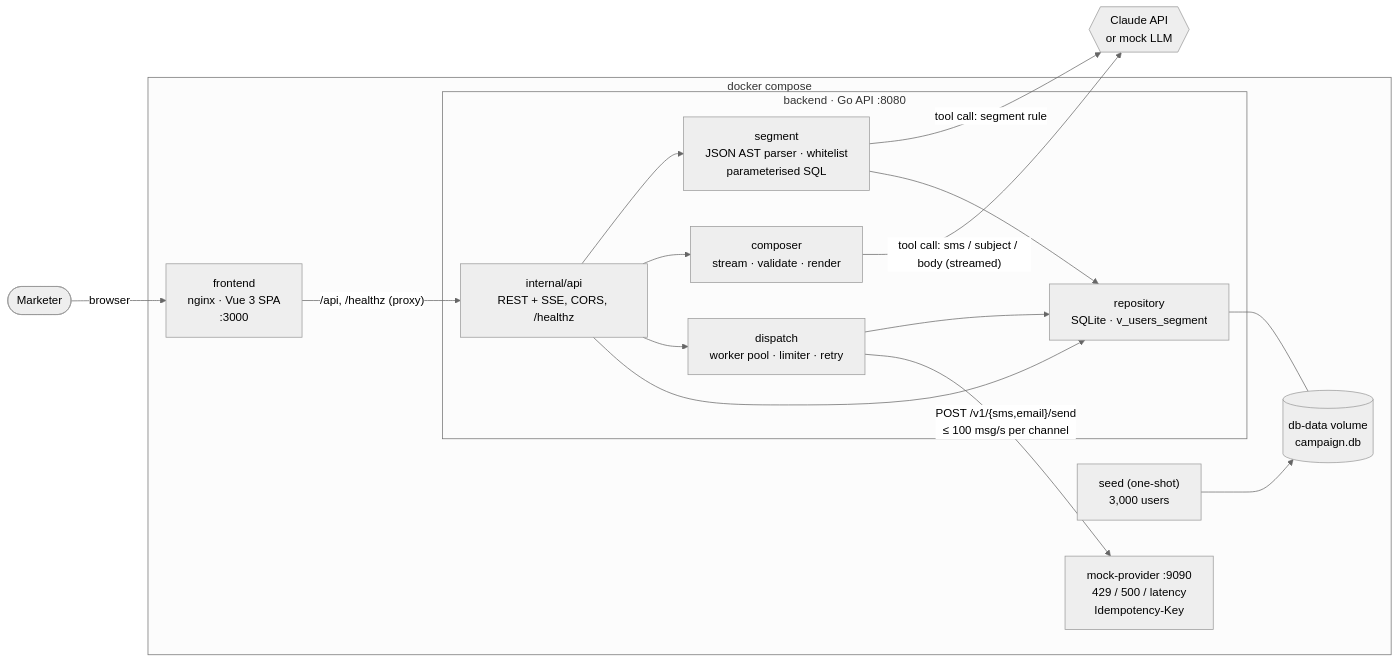
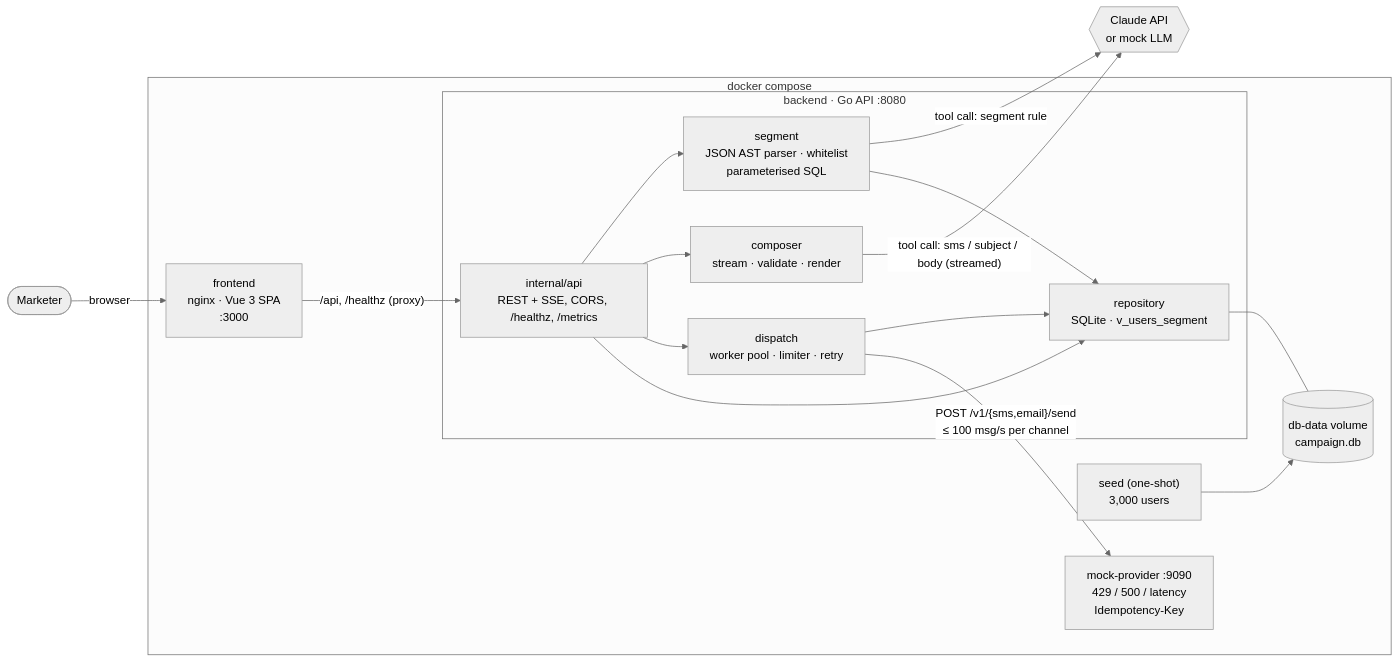
Before and after one commit to erkerem2/smart-campaign-composer: the diagram in README.md, drawn with Mermaid (neutral theme). The commit also changed other lines of this file and 21 other files, not shown here.

````diff
--- a/README.md
+++ b/README.md
@@ -97,30 +97,30 @@
 ```mermaid
 flowchart LR
     M([Marketer]) -->|browser| FE
 
     subgraph compose["docker compose"]
         FE["frontend<br/>nginx · Vue 3 SPA<br/>:3000"]
         subgraph BE["backend · Go API :8080"]
-            API["internal/api<br/>REST + SSE, CORS, /healthz"]
+            API["internal/api<br/>REST + SSE, CORS, /healthz, /metrics"]
             SEG["segment<br/>JSON AST parser · whitelist<br/>parameterised SQL"]
             CMP["composer<br/>stream · validate · render"]
             DSP["dispatch<br/>worker pool · limiter · retry"]
             REPO["repository<br/>SQLite · v_users_segment"]
         end
         SEED["seed (one-shot)<br/>3,000 users"]
         MP["mock-provider :9090<br/>429 / 500 / latency<br/>Idempotency-Key"]
         DB[("db-data volume<br/>campaign.db")]
     end
 
     LLM{{"Claude API<br/>or mock LLM"}}
 
     FE -->|"/api, /healthz (proxy)"| API
     API --> SEG & CMP & DSP
     SEG -->|"tool call: segment rule"| LLM
     CMP -->|"tool call: sms / subject / body (streamed)"| LLM
     SEG & DSP --> REPO
     API --> REPO
     REPO --- DB
     SEED --> DB
     DSP -->|"POST /v1/{sms,email}/send<br/>≤ 100 msg/s per channel"| MP
 ```
````
